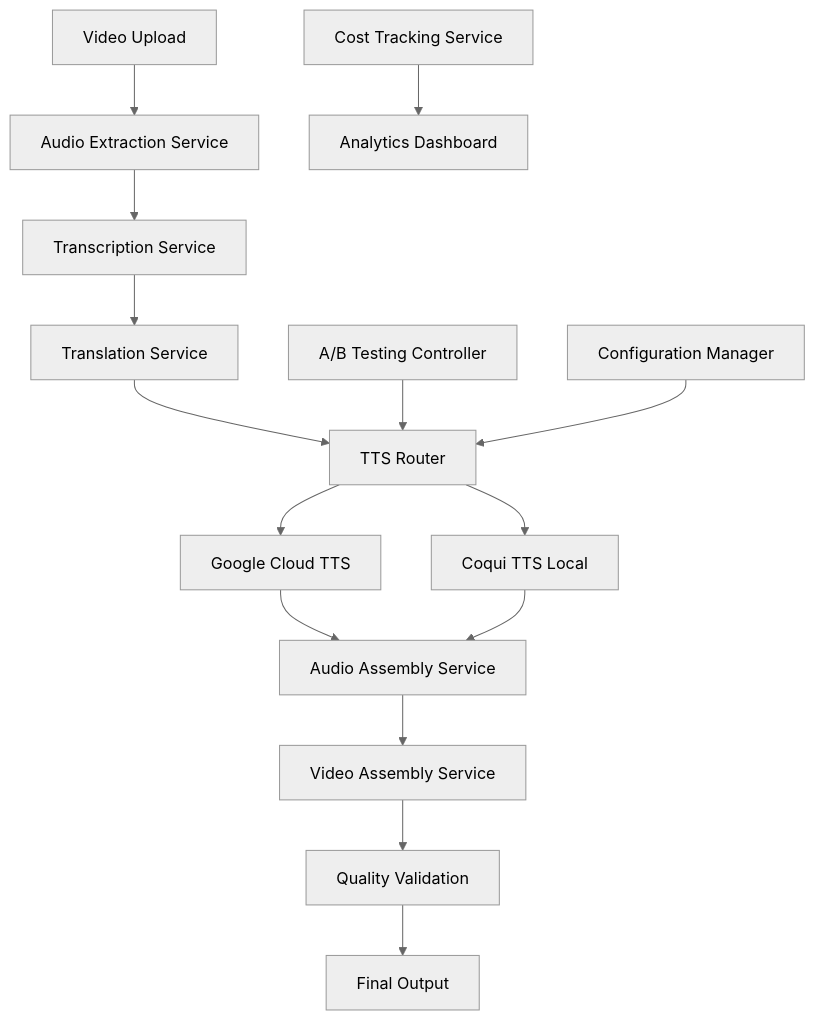
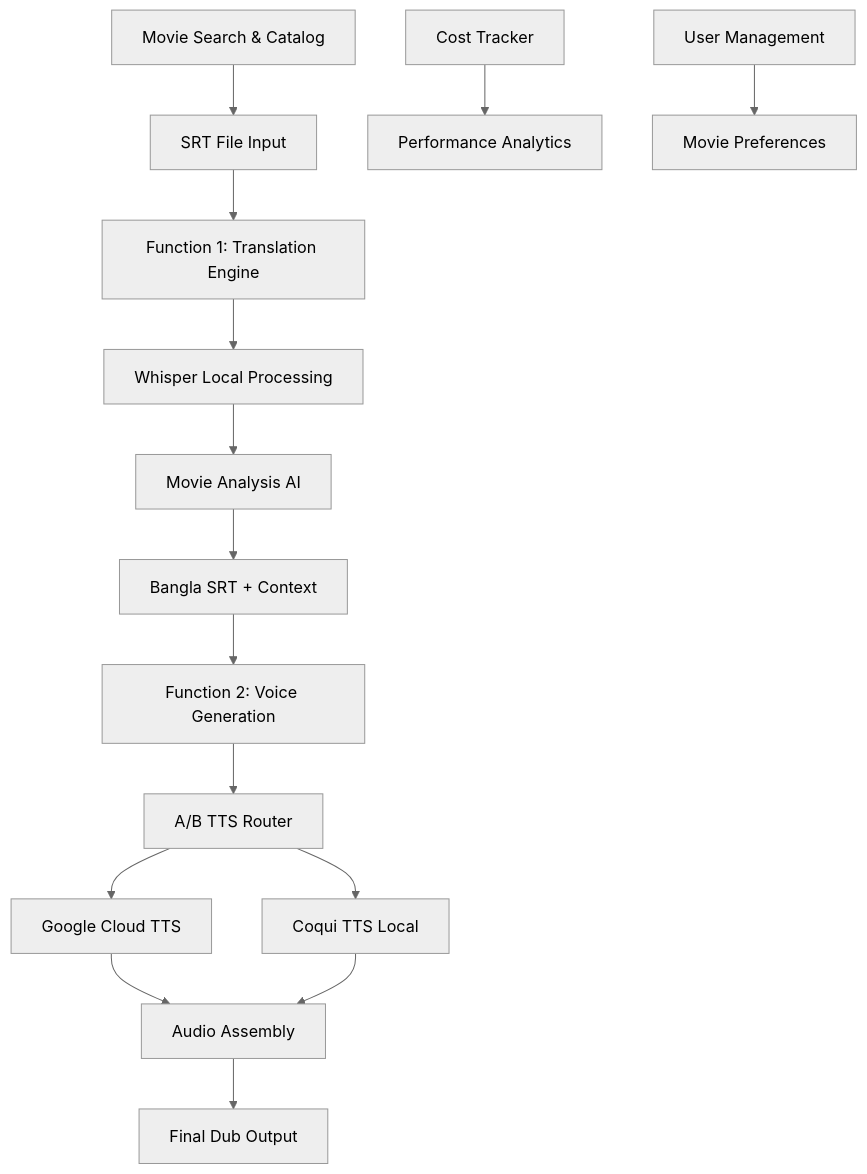
The first of 2 diagrams in .kiro/specs/automated-dubbing-workflow/design.md (SiliconJelly/DubAI), drawn with Mermaid (neutral theme) before and after one commit. The commit also changed other lines of this file and 2 other files, not shown here.

First line of the commit message:
Complete redesign: Transform to DubAI cross-platform movie ecosystem

````diff
--- a/.kiro/specs/automated-dubbing-workflow/design.md
+++ b/.kiro/specs/automated-dubbing-workflow/design.md
@@ -11,18 +30,18 @@
 ```mermaid
 graph TB
-    A[Video Upload] --> B[Audio Extraction Service]
-    B --> C[Transcription Service]
-    C --> D[Translation Service]
-    D --> E[TTS Router]
-    E --> F[Google Cloud TTS]
-    E --> G[Coqui TTS Local]
-    F --> H[Audio Assembly Service]
-    G --> H
-    H --> I[Video Assembly Service]
-    I --> J[Quality Validation]
-    J --> K[Final Output]
+    A[Movie Search & Catalog] --> B[SRT File Input]
+    B --> C[Function 1: Translation Engine]
+    C --> D[Whisper Local Processing]
+    D --> E[Movie Analysis AI]
+    E --> F[Bangla SRT + Context]
+    F --> G[Function 2: Voice Generation]
+    G --> H[A/B TTS Router]
+    H --> I[Google Cloud TTS]
+    H --> J[Coqui TTS Local]
+    I --> K[Audio Assembly]
+    J --> K
+    K --> L[Final Dub Output]
     
-    L[Cost Tracking Service] --> M[Analytics Dashboard]
-    N[A/B Testing Controller] --> E
-    O[Configuration Manager] --> E
+    M[Cost Tracker] --> N[Performance Analytics]
+    O[User Management] --> P[Movie Preferences]
 ```
````
